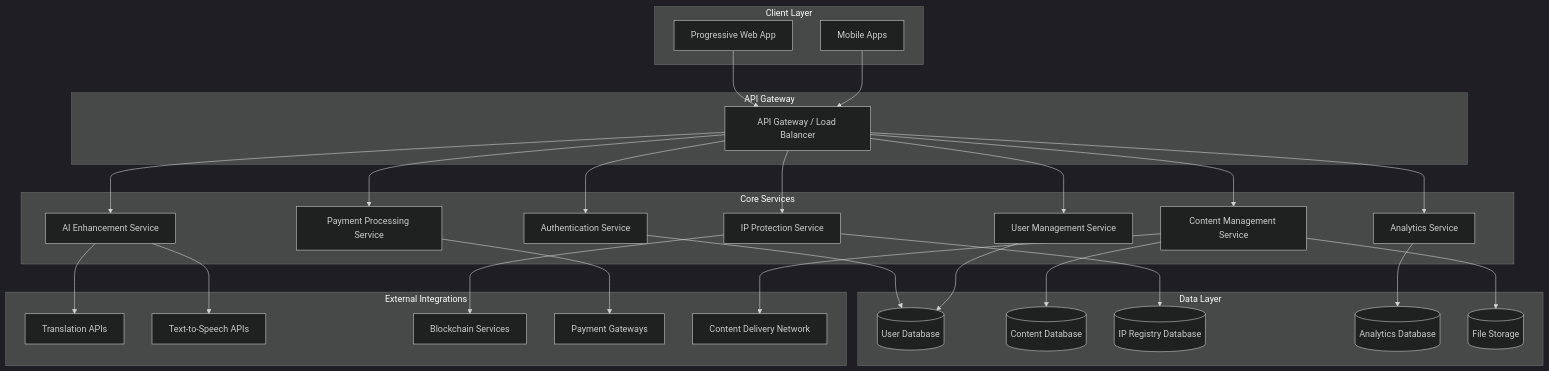
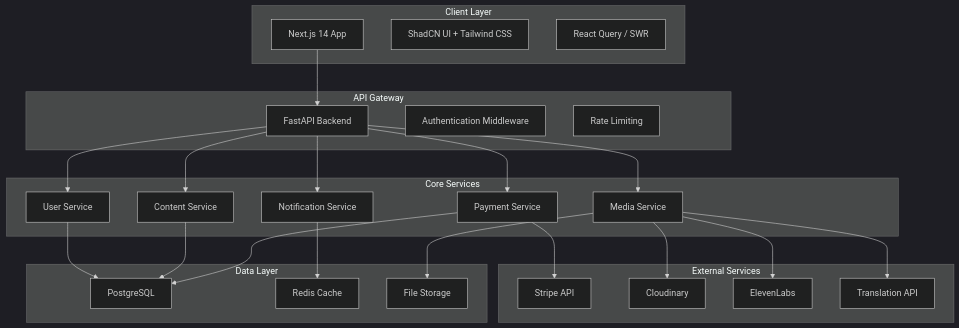
Before and after one commit to Mahd-Mehn/MM-legato: the diagram in .kiro/specs/legato-platform/design.md, drawn with Mermaid (dark theme). The commit also changed other lines of this file and 624 other files, not shown here.

````diff
--- a/.kiro/specs/legato-platform/design.md
+++ b/.kiro/specs/legato-platform/design.md
@@ -13,60 +13,51 @@
 ```mermaid
 graph TB
     subgraph "Client Layer"
-        PWA[Progressive Web App]
-        Mobile[Mobile Apps]
+        A[Next.js 14 App]
+        B[ShadCN UI + Tailwind CSS]
+        C[React Query / SWR]
     end
     
     subgraph "API Gateway"
-        Gateway[API Gateway / Load Balancer]
+        D[FastAPI Backend]
+        E[Authentication Middleware]
+        F[Rate Limiting]
     end
     
     subgraph "Core Services"
-        Auth[Authentication Service]
-        User[User Management Service]
-        Content[Content Management Service]
-        IP[IP Protection Service]
-        Payment[Payment Processing Service]
-        AI[AI Enhancement Service]
-        Analytics[Analytics Service]
+        G[User Service]
+        H[Content Service]
+        I[Payment Service]
+        J[Notification Service]
+        K[Media Service]
     end
     
-    subgraph "External Integrations"
-        Translate[Translation APIs]
-        TTS[Text-to-Speech APIs]
-        Blockchain[Blockchain Services]
-        PaymentGW[Payment Gateways]
-        CDN[Content Delivery Network]
+    subgraph "External Services"
+        L[Stripe API]
+        M[Cloudinary]
+        N[ElevenLabs]
+        O[Translation API]
     end
     
     subgraph "Data Layer"
-        UserDB[(User Database)]
-        ContentDB[(Content Database)]
-        IPDB[(IP Registry Database)]
-        AnalyticsDB[(Analytics Database)]
-        FileStorage[(File Storage)]
+        P[PostgreSQL]
+        Q[Redis Cache]
+        R[File Storage]
     end
     
-    PWA --> Gateway
-    Mobile --> Gateway
-    Gateway --> Auth
-    Gateway --> User
-    Gateway --> Content
-    Gateway --> IP
-    Gateway --> Payment
-    Gateway --> AI
-    Gateway --> Analytics
-    
-    AI --> Translate
-    AI --> TTS
-    IP --> Blockchain
-    Payment --> PaymentGW
-    Content --> CDN
-    
-    Auth --> UserDB
-    User --> UserDB
-    Content --> ContentDB
-    Content --> FileStorage
-    IP --> IPDB
-    Analytics --> AnalyticsDB
+    A --> D
+    D --> G
+    D --> H
+    D --> I
+    D --> J
+    D --> K
+    I --> L
+    K --> M
+    K --> N
+    K --> O
+    G --> P
+    H --> P
+    I --> P
+    J --> Q
+    K --> R
 ```
````
